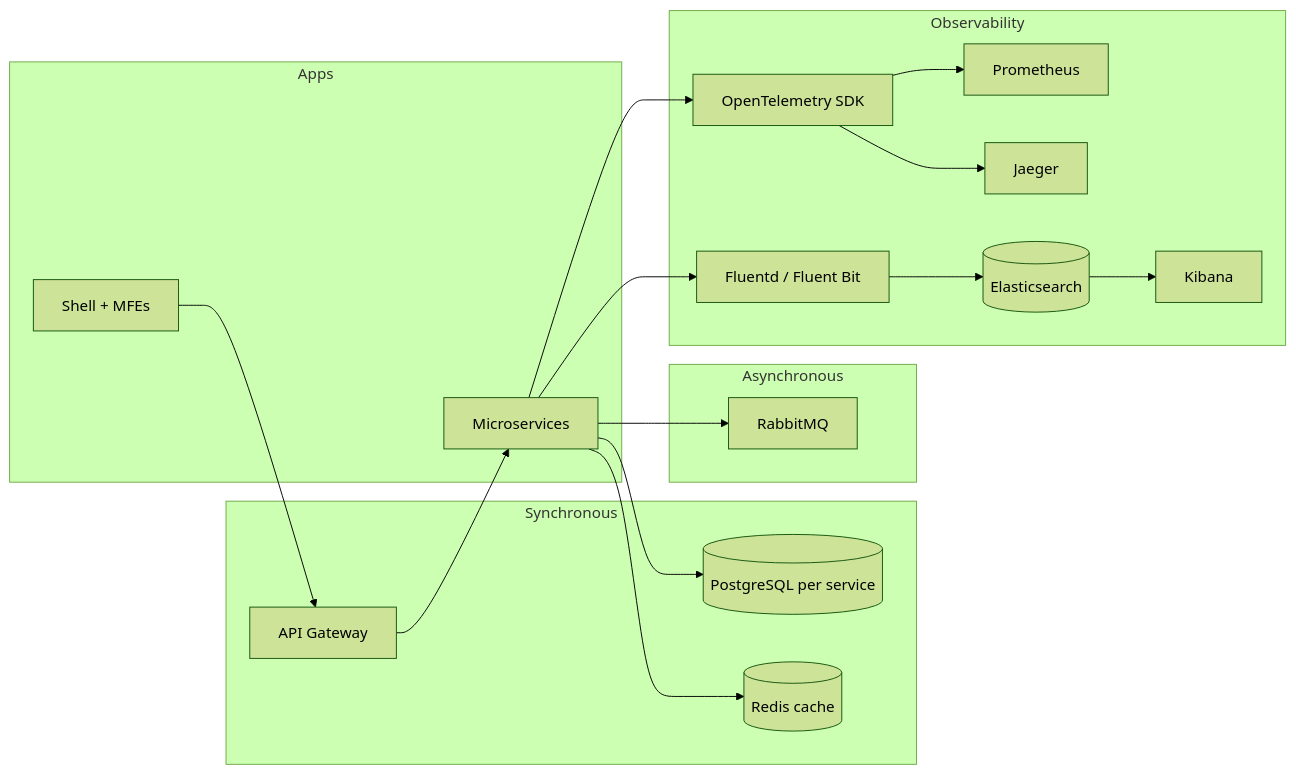
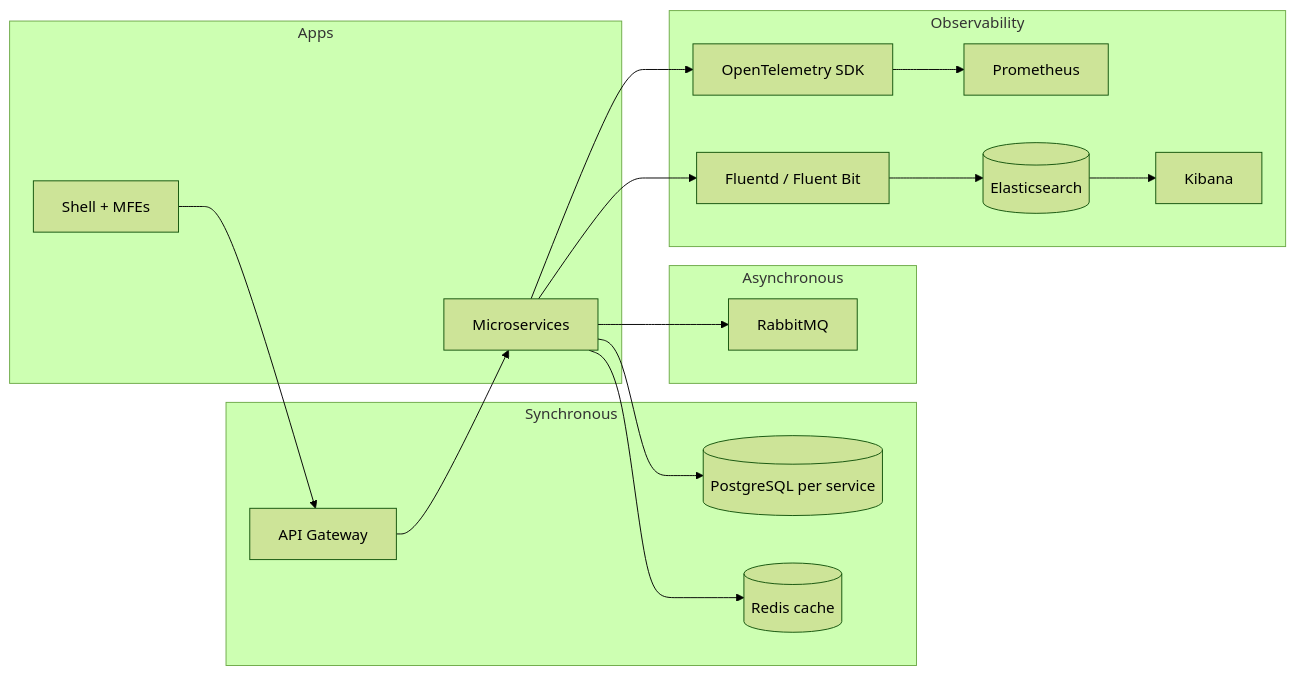
The second of 2 diagrams in docs/MICROFRONTENDS_AND_MICROSERVICES.md (BuadDigital/case_study), drawn with Mermaid (forest theme) before and after one commit. The commit also changed other lines of this file and 119 other files, not shown here.

````diff
--- a/docs/MICROFRONTENDS_AND_MICROSERVICES.md
+++ b/docs/MICROFRONTENDS_AND_MICROSERVICES.md
@@ -317,38 +317,36 @@
 ```mermaid
 flowchart LR
   subgraph apps [Apps]
     MFE[Shell + MFEs]
     SVC[Microservices]
   end
 
   subgraph sync [Synchronous]
     GW[API Gateway]
     PG[(PostgreSQL per service)]
     REDIS[(Redis cache)]
   end
 
   subgraph async [Asynchronous]
     RMQ[RabbitMQ]
   end
 
   subgraph observe [Observability]
     OTEL[OpenTelemetry SDK]
     PROM[Prometheus]
-    JAEG[Jaeger]
     FLU[Fluentd / Fluent Bit]
     ES[(Elasticsearch)]
     KIB[Kibana]
   end
 
   MFE --> GW
   GW --> SVC
   SVC --> PG
   SVC --> REDIS
   SVC --> RMQ
   SVC --> OTEL
   OTEL --> PROM
-  OTEL --> JAEG
   SVC --> FLU
   FLU --> ES
   ES --> KIB
 ```
````
